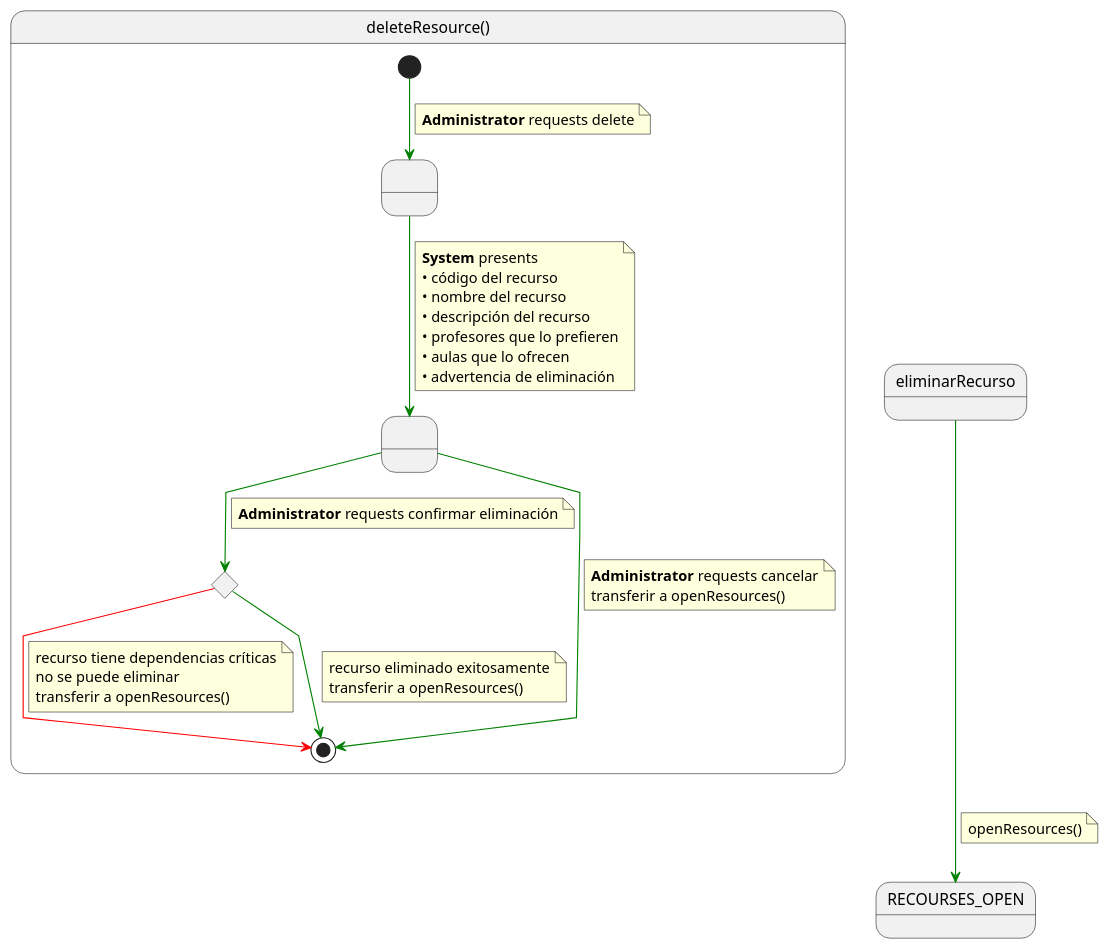
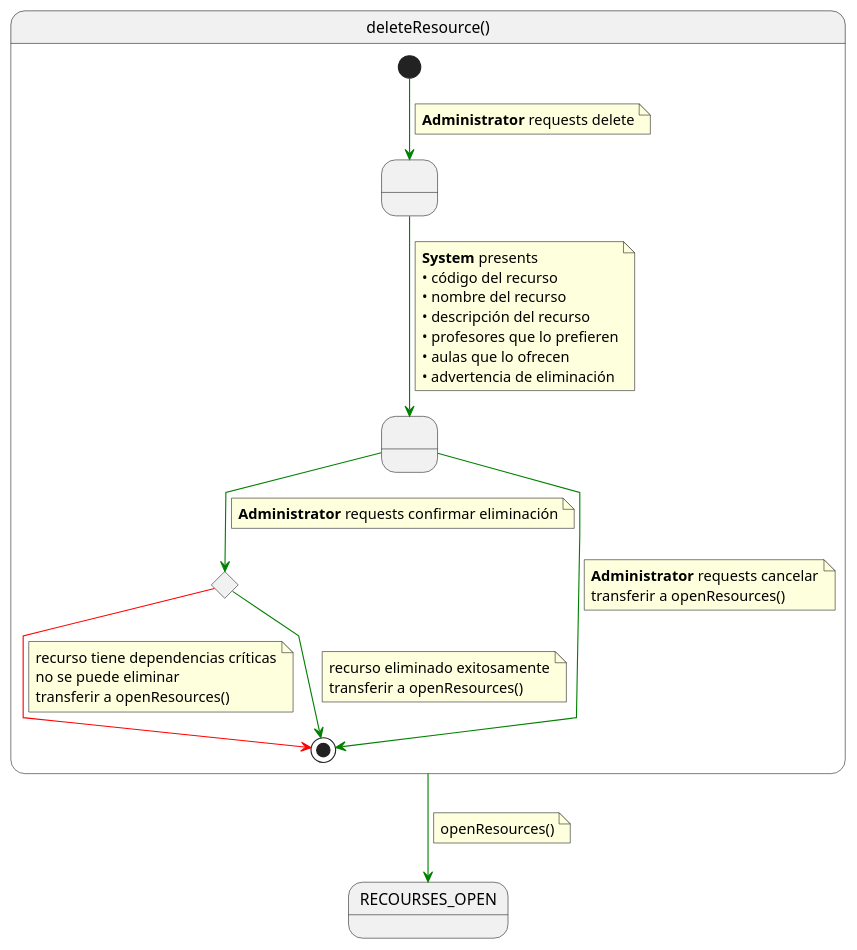
The diagram in RUP/00-casos-uso/02-detalle/eliminarRecurso/especificacion.puml (mmasias/pySigHor), drawn with PlantUML before and after one commit. The commit also changed 22 other files, not shown here.

```diff
--- a/RUP/00-casos-uso/02-detalle/eliminarRecurso/especificacion.puml
+++ b/RUP/00-casos-uso/02-detalle/eliminarRecurso/especificacion.puml
@@ -1,55 +1,55 @@
 @startuml deleteResource
 skinparam linetype polyline
 
 state deleteResource as "deleteResource()" {
     state " " as PresentingConfirmation
     state " " as AwaitingDecision
     state c <<choice>>
     
     [*] -[#green]-> PresentingConfirmation
     note on link
     <b>Administrator</b> requests delete
     end note
     
     PresentingConfirmation -[#green]-> AwaitingDecision
     note on link
     <b>System</b> presents
     • código del recurso
     • nombre del recurso
     • descripción del recurso
     • profesores que lo prefieren
     • aulas que lo ofrecen
     • advertencia de eliminación
     end note
     
     AwaitingDecision -[#green]-> c
     note on link
     <b>Administrator</b> requests confirmar eliminación
     end note
     
     AwaitingDecision -[#green]-> [*]
     note on link
     <b>Administrator</b> requests cancelar
     transferir a openResources()
     end note
     
     c -[#red]-> [*]
     note on link
     recurso tiene dependencias críticas
     no se puede eliminar
     transferir a openResources()
     end note
     
     c -[#green]-> [*]
     note on link
     recurso eliminado exitosamente
     transferir a openResources()
     end note
 }
 
-eliminarRecurso -[#green]-> RECOURSES_OPEN
+deleteResource -[#green]-> RECOURSES_OPEN
 note on link
 openResources()
 end note
 
 @enduml
```
